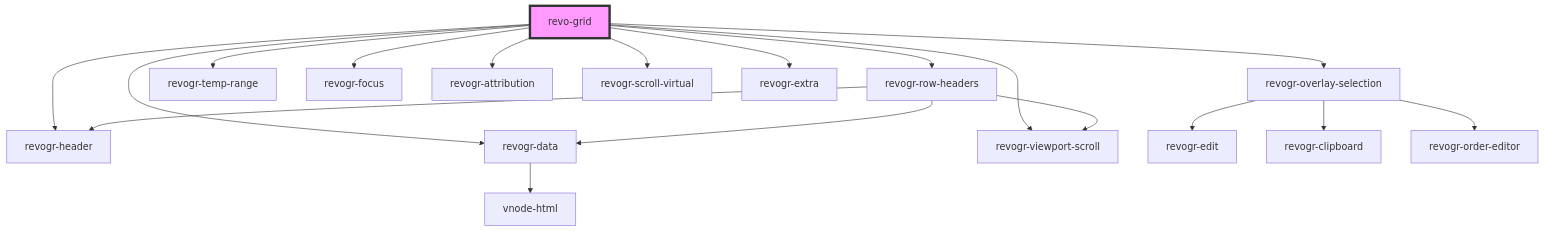
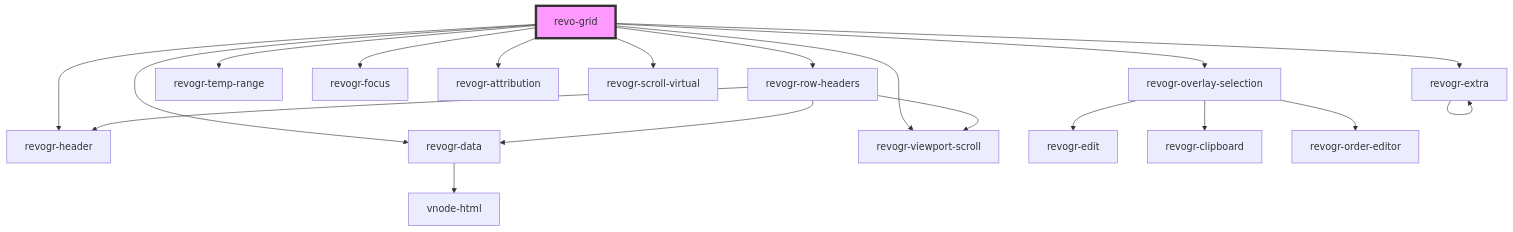
One commit to revolist/revogrid-docs changed the diagram in guide/api/revoGrid.md. Above: the diagram before and after it, drawn with Mermaid. The commit also changed other lines of this file and 211 other files, not shown here.

````diff
--- a/guide/api/revoGrid.md
+++ b/guide/api/revoGrid.md
@@ -471,21 +471,22 @@
 ```mermaid
 graph TD;
   revo-grid --> revogr-row-headers
   revo-grid --> revogr-header
   revo-grid --> revogr-overlay-selection
   revo-grid --> revogr-data
   revo-grid --> revogr-temp-range
   revo-grid --> revogr-focus
   revo-grid --> revogr-viewport-scroll
   revo-grid --> revogr-attribution
   revo-grid --> revogr-scroll-virtual
   revo-grid --> revogr-extra
   revogr-row-headers --> revogr-data
   revogr-row-headers --> revogr-viewport-scroll
   revogr-row-headers --> revogr-header
   revogr-data --> vnode-html
   revogr-overlay-selection --> revogr-edit
   revogr-overlay-selection --> revogr-clipboard
   revogr-overlay-selection --> revogr-order-editor
+  revogr-extra --> revogr-extra
   style revo-grid fill:#f9f,stroke:#333,stroke-width:4px
 ```
````
